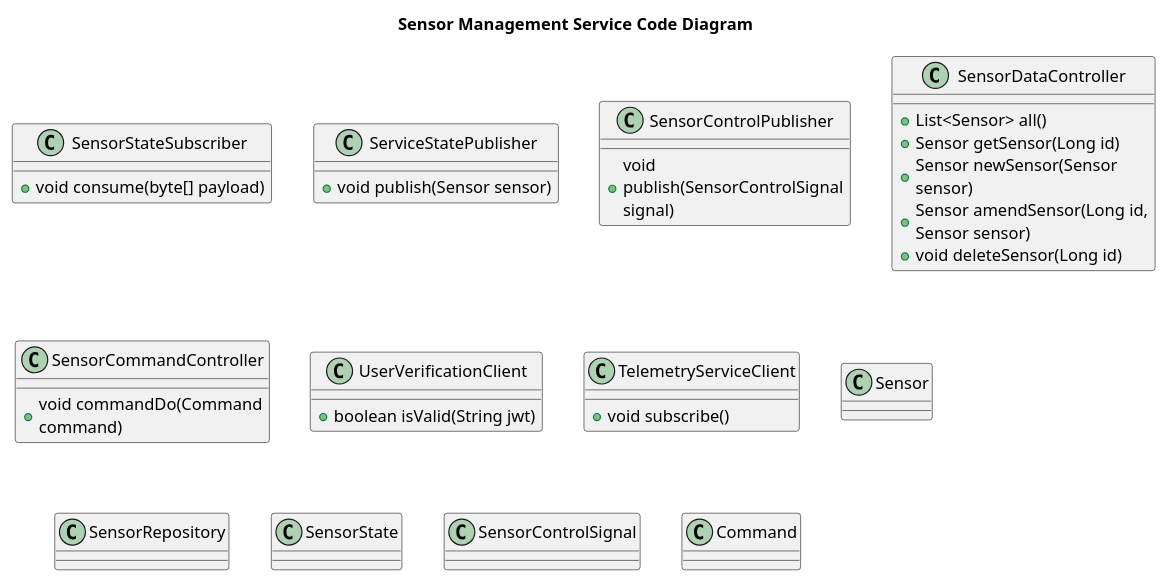
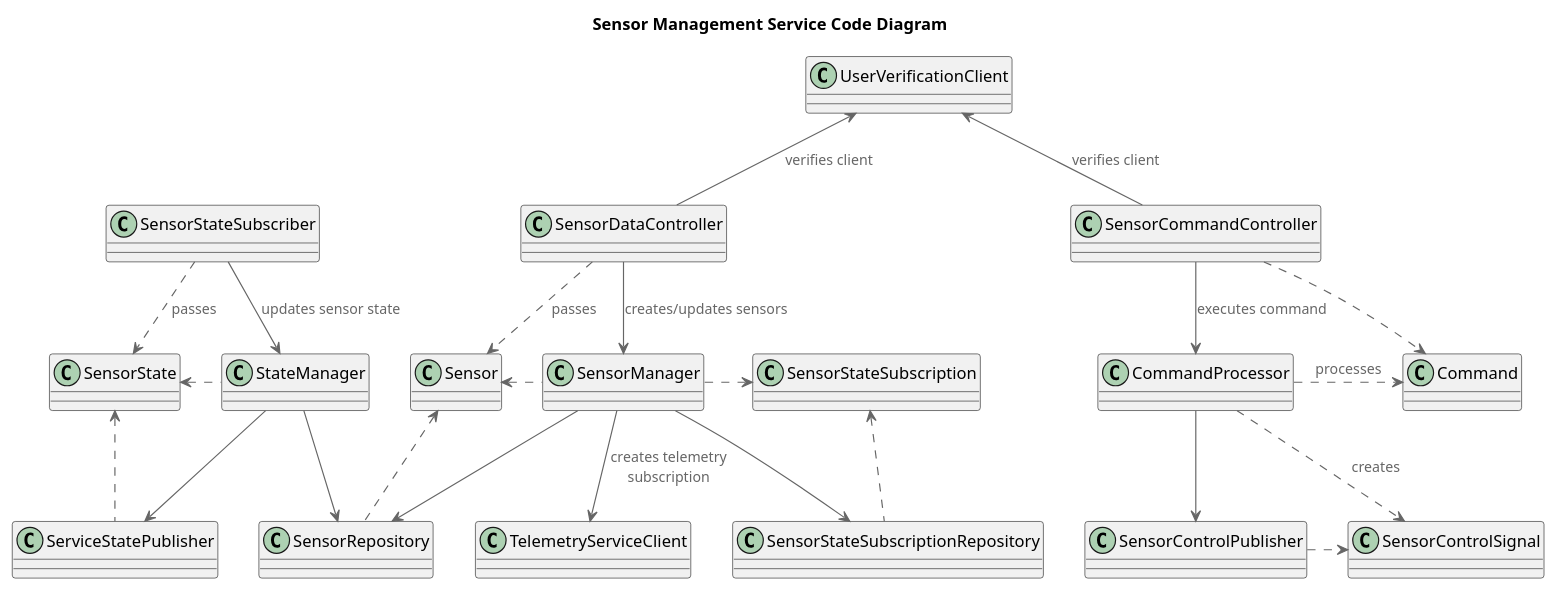
The diagram in diagrams/code/sensor-management-service-code.puml (grafkozloff/arch-sprint1), drawn with PlantUML before and after one commit. The commit also changed 6 other files, not shown here.

```diff
--- a/diagrams/code/sensor-management-service-code.puml
+++ b/diagrams/code/sensor-management-service-code.puml
@@ -1,56 +1,56 @@
 @startuml
 title Sensor Management Service Code Diagram
 
 top to bottom direction
 
 !includeurl https://raw.githubusercontent.com/RicardoNiepel/C4-PlantUML/master/C4_Component.puml
 
+class SensorStateSubscriber {}
+class SensorDataController {}
+class SensorCommandController {}
 
-class SensorStateSubscriber {
-  +void consume(byte[] payload)
-}
+class ServiceStatePublisher {}
+class SensorControlPublisher {}
+class UserVerificationClient {}
+class TelemetryServiceClient {}
+class SensorManager {}
+class StateManager {}
+class CommandProcessor {}
+class Sensor {}
+class SensorRepository {}
+class SensorState {}
+class SensorStateSubscription {}
+class SensorControlSignal {}
+class Command {}
+class SensorRepository
+class SensorStateSubscriptionRepository
 
-class ServiceStatePublisher {
-  +void publish(Sensor sensor)
-}
+SensorStateSubscriber --> StateManager : updates sensor state
+SensorStateSubscriber ..> SensorState : passes
+SensorDataController --> SensorManager : creates/updates sensors
+UserVerificationClient <-- SensorDataController : verifies client
+SensorDataController ..> Sensor : passes
+SensorCommandController --> CommandProcessor : executes command
+UserVerificationClient <-- SensorCommandController : verifies client
+SensorCommandController ..> Command
 
-class SensorControlPublisher {
-  +void publish(SensorControlSignal signal)
-}
+SensorManager --> SensorRepository
+SensorManager --> SensorStateSubscriptionRepository
+SensorManager --> TelemetryServiceClient : creates telemetry subscription
+SensorManager .> SensorStateSubscription
+SensorStateSubscription <.. SensorStateSubscriptionRepository
+Sensor <. SensorManager
+Sensor <-l[hidden]- StateManager
+Sensor <.. SensorRepository
 
-class SensorDataController {
-  +List<Sensor> all()
-  +Sensor getSensor(Long id)
-  +Sensor newSensor(Sensor sensor)
-  +Sensor amendSensor(Long id, Sensor sensor)
-  +void deleteSensor(Long id)
-}
+CommandProcessor .> Command : processes
+CommandProcessor ..> SensorControlSignal : creates
+CommandProcessor --> SensorControlPublisher
+SensorControlPublisher .> SensorControlSignal
 
-class SensorCommandController {
-  +void commandDo(Command command)
-}
-
-class UserVerificationClient {
-  +boolean isValid(String jwt)
-}
-
-class TelemetryServiceClient {
-  +void subscribe()
-}
-
-class Sensor {
-}
-
-class SensorRepository {
-}
-
-class SensorState {
-}
-
-class SensorControlSignal {
-}
-
-class Command {
-}
+StateManager --> SensorRepository
+StateManager --> ServiceStatePublisher
+SensorState <. StateManager
+SensorState <.. ServiceStatePublisher
 
 @enduml
```
